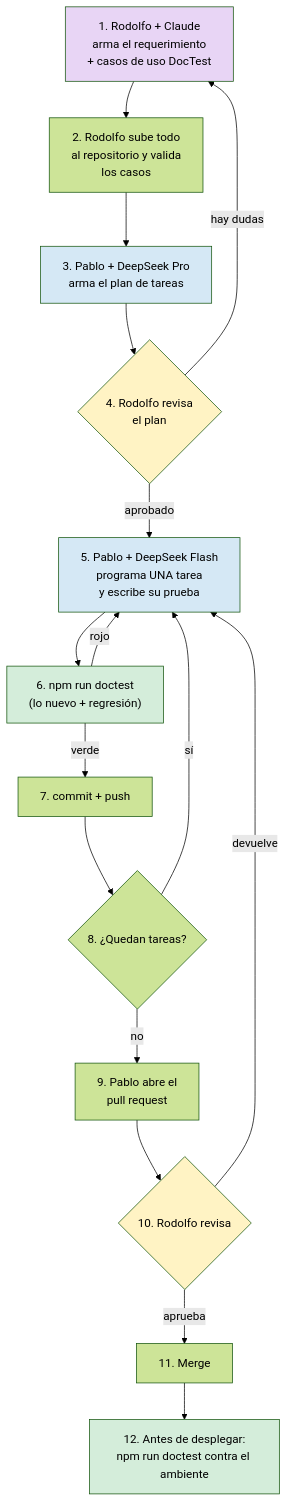
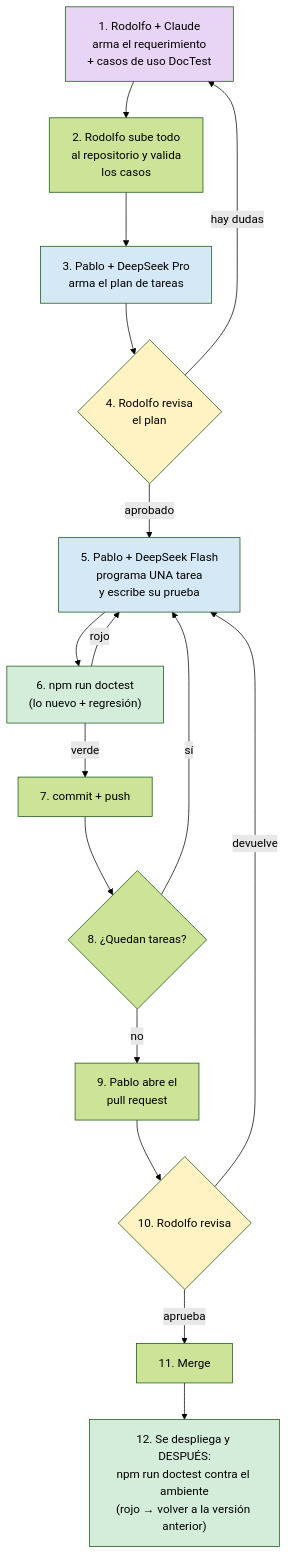
Before and after one commit to Trazalog/traz-tools: the first of 3 diagrams in doc/metodologia/GUIA_REQUERIMIENTOS_CLAUDE_DEEPSEEK.md, drawn with Mermaid (forest theme). The commit also changed other lines of this file and 3 other files, not shown here.

First line of the commit message:
docs(doctest): contra que ambiente y empresa corre cada uno, y la corrida en el ambiente pasa a despues de desplegar [DOCTEST-MODOS]

````diff
--- a/doc/metodologia/GUIA_REQUERIMIENTOS_CLAUDE_DEEPSEEK.md
+++ b/doc/metodologia/GUIA_REQUERIMIENTOS_CLAUDE_DEEPSEEK.md
@@ -50,25 +53,25 @@
 ```mermaid
 flowchart TD
   A[1. Rodolfo + Claude<br/>arma el requerimiento<br/>+ casos de uso DocTest] --> B[2. Rodolfo sube todo<br/>al repositorio y valida<br/>los casos]
   B --> C[3. Pablo + DeepSeek Pro<br/>arma el plan de tareas]
   C --> D{4. Rodolfo revisa<br/>el plan}
   D -->|hay dudas| A
   D -->|aprobado| F[5. Pablo + DeepSeek Flash<br/>programa UNA tarea<br/>y escribe su prueba]
   F --> G["6. npm run doctest<br/>(lo nuevo + regresión)"]
   G -->|rojo| F
   G -->|verde| H[7. commit + push]
   H --> I{8. ¿Quedan tareas?}
   I -->|sí| F
   I -->|no| J[9. Pablo abre el<br/>pull request]
   J --> K{10. Rodolfo revisa}
   K -->|devuelve| F
   K -->|aprueba| L[11. Merge]
-  L --> M["12. Antes de desplegar:<br/>npm run doctest contra el ambiente"]
+  L --> M["12. Se despliega y DESPUÉS:<br/>npm run doctest contra el ambiente<br/>(rojo → volver a la versión anterior)"]
   style A fill:#e8d5f5
   style C fill:#d5e8f5
   style F fill:#d5e8f5
   style D fill:#fff3c4
   style G fill:#d4edda
   style M fill:#d4edda
   style K fill:#fff3c4
 ```
````
